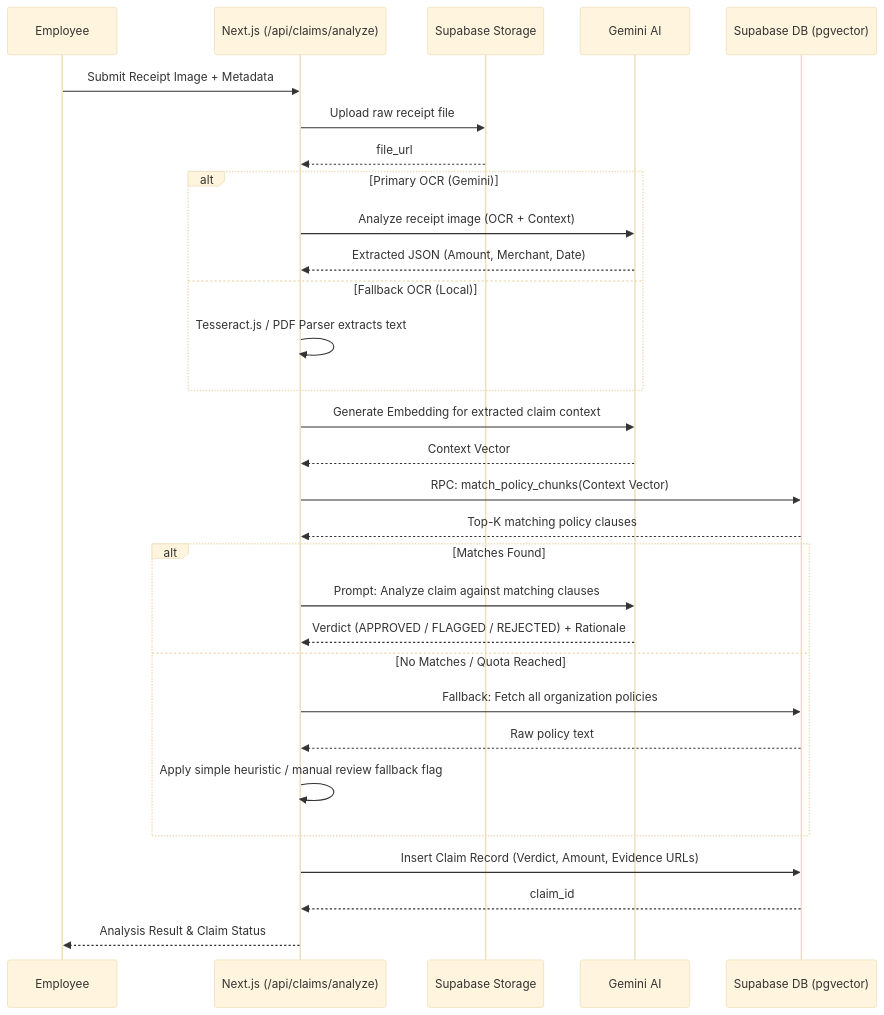
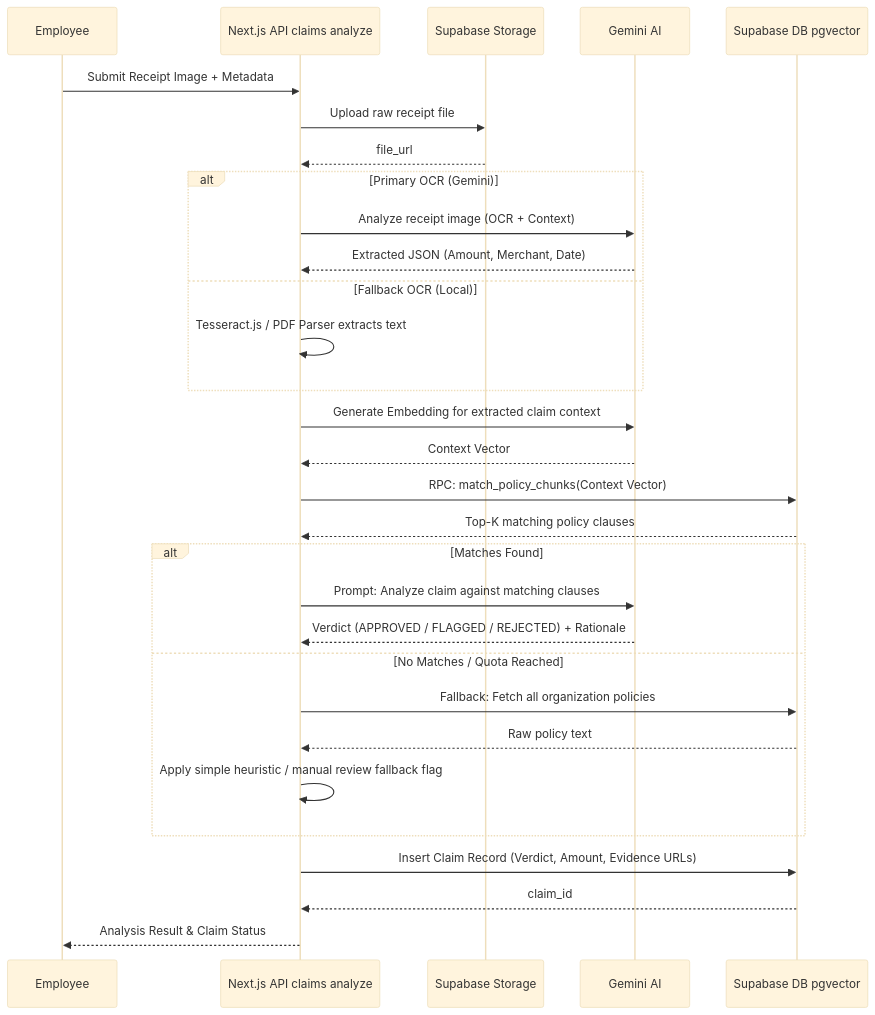
Before and after one commit to Neha-george/expense-auditor: the fourth of 4 diagrams in ARCHITECTURE.md, drawn with Mermaid (base theme). The commit also changed other lines of this file and 1 other file, not shown here.

Commit message:
fix: update mermaid diagrams for consistency in architecture documentation

````diff
--- a/ARCHITECTURE.md
+++ b/ARCHITECTURE.md
@@ -78,38 +78,38 @@
 ```mermaid
 sequenceDiagram
     participant Emp as Employee
-    participant Next as Next.js (/api/claims/analyze)
+    participant Next as Next.js API claims analyze
     participant Store as Supabase Storage
     participant Gemini as Gemini AI
-    participant DB as Supabase DB (pgvector)
+    participant DB as Supabase DB pgvector
 
     Emp->>Next: Submit Receipt Image + Metadata
     Next->>Store: Upload raw receipt file
     Store-->>Next: file_url
 
     alt Primary OCR (Gemini)
         Next->>Gemini: Analyze receipt image (OCR + Context)
         Gemini-->>Next: Extracted JSON (Amount, Merchant, Date)
     else Fallback OCR (Local)
         Next->>Next: Tesseract.js / PDF Parser extracts text
     end
 
     Next->>Gemini: Generate Embedding for extracted claim context
     Gemini-->>Next: Context Vector
 
     Next->>DB: RPC: match_policy_chunks(Context Vector)
     DB-->>Next: Top-K matching policy clauses
 
     alt Matches Found
         Next->>Gemini: Prompt: Analyze claim against matching clauses
         Gemini-->>Next: Verdict (APPROVED / FLAGGED / REJECTED) + Rationale
     else No Matches / Quota Reached
         Next->>DB: Fallback: Fetch all organization policies
         DB-->>Next: Raw policy text
         Next->>Next: Apply simple heuristic / manual review fallback flag
     end
 
     Next->>DB: Insert Claim Record (Verdict, Amount, Evidence URLs)
     DB-->>Next: claim_id
     Next-->>Emp: Analysis Result & Claim Status
 ```
````
